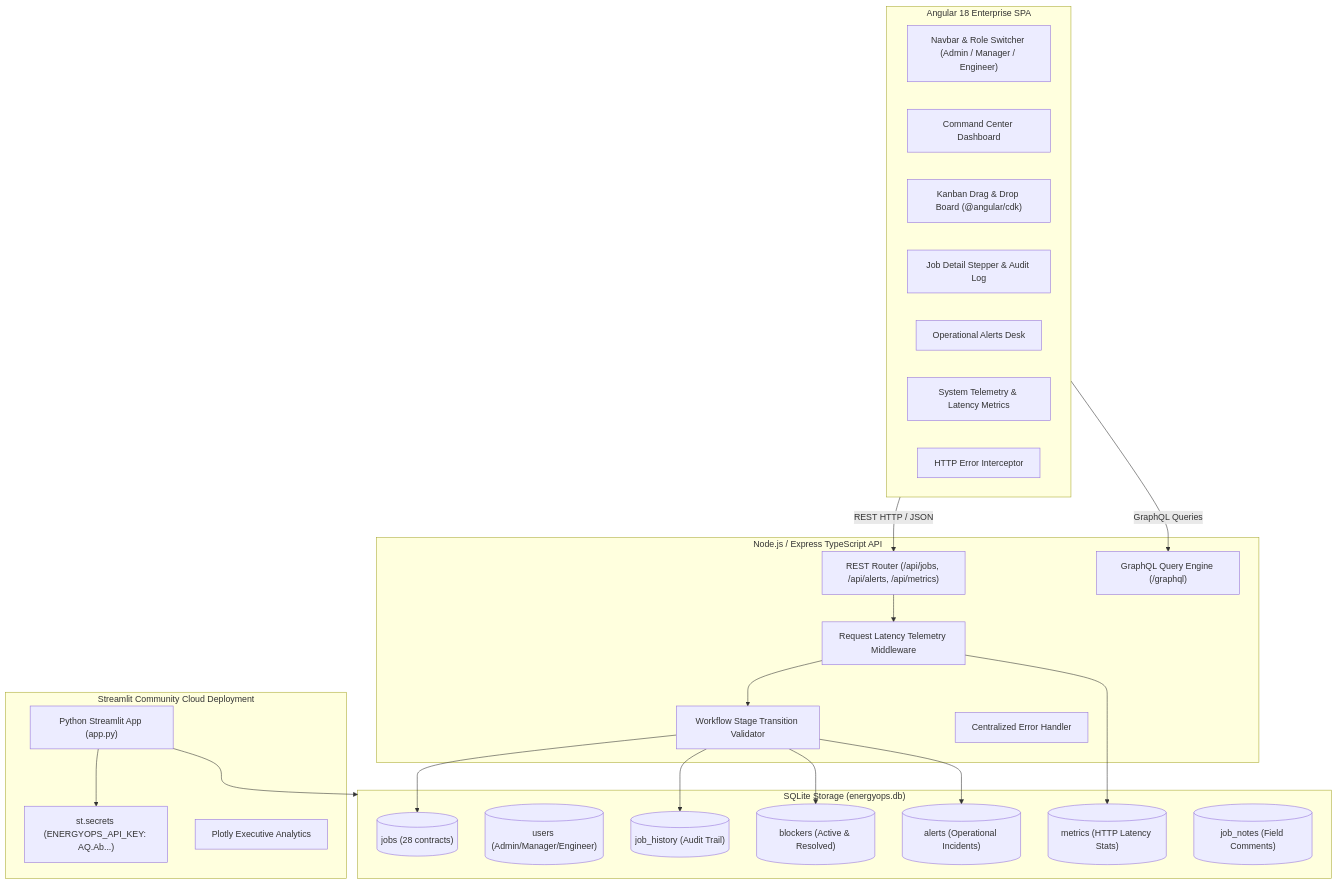
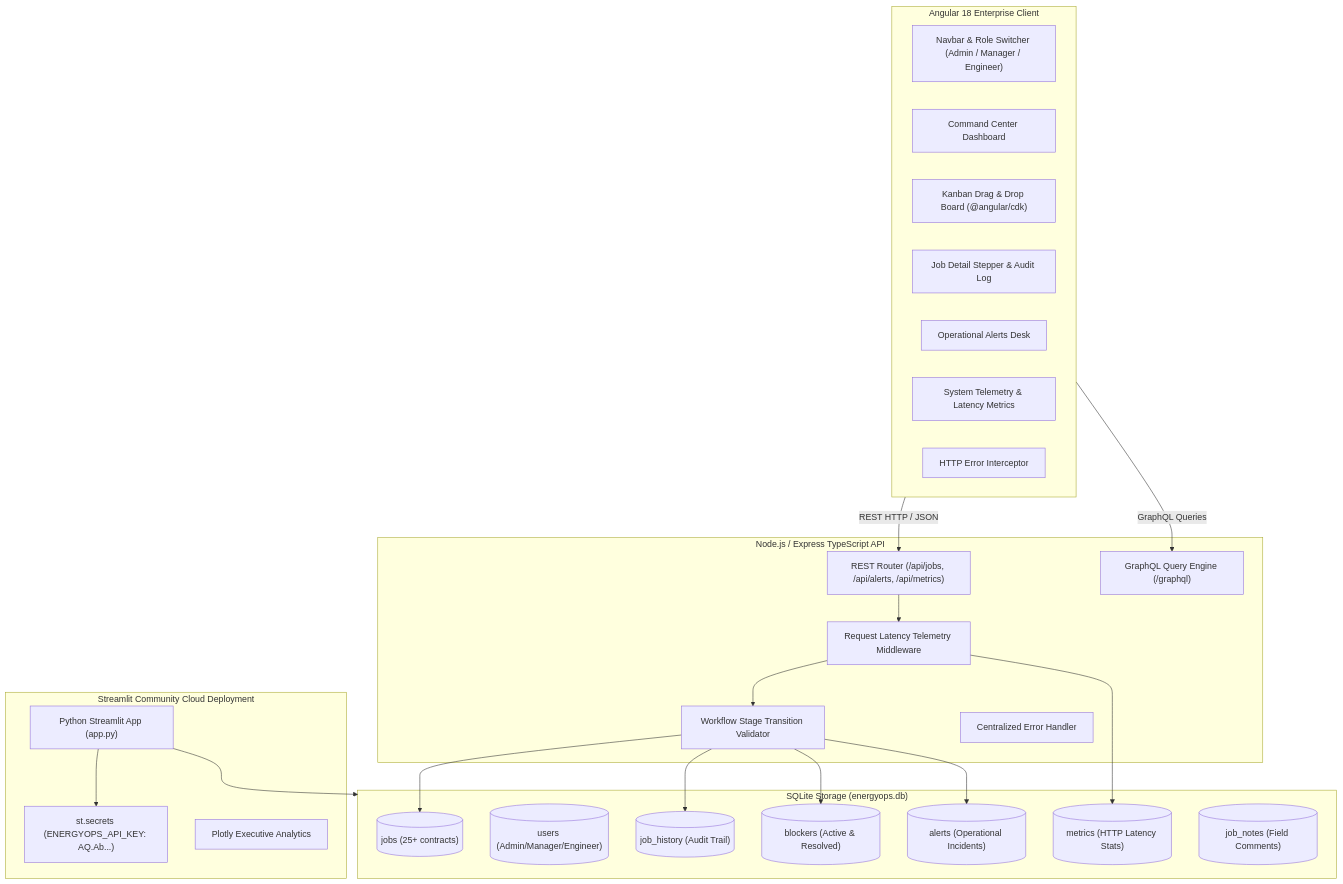
One commit to Dhanya562004/energyops-workflow-platform changed the first of 2 diagrams in README.md. Above: the diagram before and after it, drawn with Mermaid. The commit also changed other lines of this file, not shown here.

````diff
--- a/README.md
+++ b/README.md
@@ -42,48 +47,48 @@
 ```mermaid
 flowchart TB
     subgraph StreamlitCloud["Streamlit Community Cloud Deployment"]
         stApp["Python Streamlit App (app.py)"]
         stSecrets["st.secrets (ENERGYOPS_API_KEY: AQ.Ab...)"]
         stPlotly["Plotly Executive Analytics"]
     end
 
-    subgraph AngularClient["Angular 18 Enterprise SPA"]
+    subgraph AngularClient["Angular 18 Enterprise Client"]
         Navbar["Navbar & Role Switcher (Admin / Manager / Engineer)"]
         Dash["Command Center Dashboard"]
         Kanban["Kanban Drag & Drop Board (@angular/cdk)"]
         Detail["Job Detail Stepper & Audit Log"]
         AlertsUI["Operational Alerts Desk"]
         MetricsUI["System Telemetry & Latency Metrics"]
         Interceptor["HTTP Error Interceptor"]
     end
 
     subgraph NodeBackend["Node.js / Express TypeScript API"]
         Router["REST Router (/api/jobs, /api/alerts, /api/metrics)"]
         GraphQL["GraphQL Query Engine (/graphql)"]
         Validator["Workflow Stage Transition Validator"]
         MetricsMw["Request Latency Telemetry Middleware"]
         ErrMw["Centralized Error Handler"]
     end
 
     subgraph RelationalDB["SQLite Storage (energyops.db)"]
-        Jobs[("jobs (28 contracts)")]
+        Jobs[("jobs (25+ contracts)")]
         Users[("users (Admin/Manager/Engineer)")]
         History[("job_history (Audit Trail)")]
         Blockers[("blockers (Active & Resolved)")]
         Alerts[("alerts (Operational Incidents)")]
         Metrics[("metrics (HTTP Latency Stats)")]
         Notes[("job_notes (Field Comments)")]
     end
 
     stApp --> stSecrets
     stApp --> RelationalDB
     AngularClient -->|REST HTTP / JSON| Router
     AngularClient -->|GraphQL Queries| GraphQL
     Router --> MetricsMw
     MetricsMw --> Validator
     Validator --> Jobs
     Validator --> History
     Validator --> Blockers
     Validator --> Alerts
     MetricsMw --> Metrics
 ```
````
